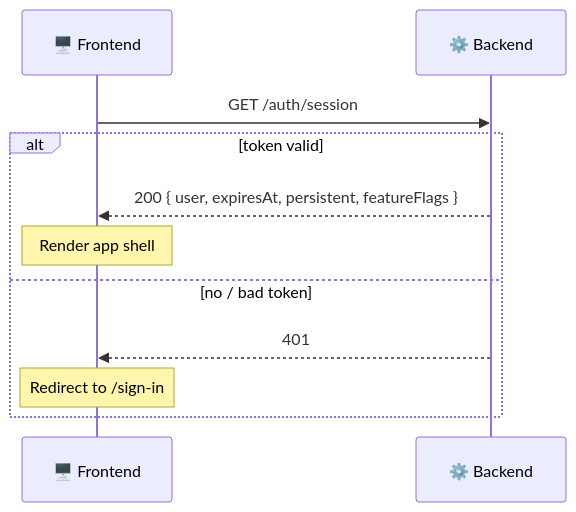
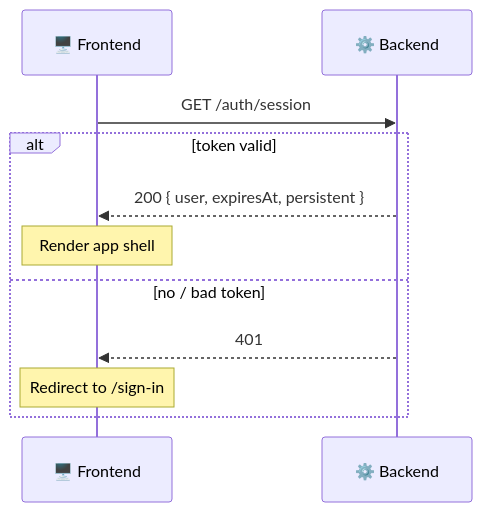
The fifth of 7 diagrams in docs/api-design/01-auth-sessions.md (openshelves-labs/openshelves), drawn with Mermaid before and after one commit. The commit also changed other lines of this file and 19 other files, not shown here.

````diff
--- a/docs/api-design/01-auth-sessions.md
+++ b/docs/api-design/01-auth-sessions.md
@@ -193,13 +240,13 @@
 ```mermaid
 sequenceDiagram
     participant FE as 🖥️ Frontend
     participant BE as ⚙️ Backend
     FE->>BE: GET /auth/session
     alt token valid
-        BE-->>FE: 200 { user, expiresAt, persistent, featureFlags }
+        BE-->>FE: 200 { user, expiresAt, persistent }
         Note over FE: Render app shell
     else no / bad token
         BE-->>FE: 401
         Note over FE: Redirect to /sign-in
     end
 ```
````
